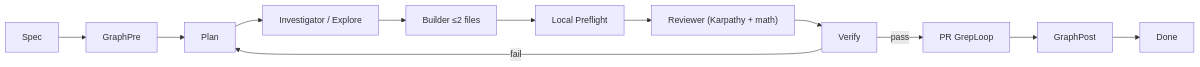
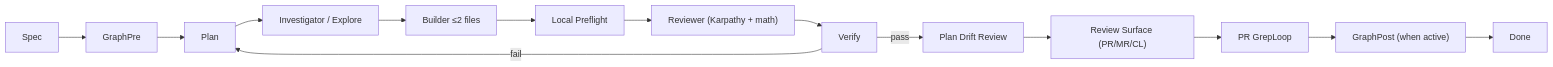
One commit to javin23863/hft3 changed the diagram in docs/AGENTIC_ENGINEERING.md. Above: the diagram before and after it, drawn with Mermaid. The commit also changed other lines of this file and 35 other files, not shown here.

````diff
--- a/docs/AGENTIC_ENGINEERING.md
+++ b/docs/AGENTIC_ENGINEERING.md
@@ -37,14 +37,16 @@
 ```mermaid
 flowchart LR
   S[Spec] --> GP[GraphPre]
   GP --> P[Plan]
   P --> I[Investigator / Explore]
   I --> B[Builder ≤2 files]
   B --> LP[Local Preflight]
   LP --> R["Reviewer (Karpathy + math)"]
   R --> V[Verify]
   V -->|fail| P
-  V -->|pass| PR[PR GrepLoop]
-  PR --> GPO[GraphPost]
+  V -->|pass| PD["Plan Drift Review"]
+  PD --> RS["Review Surface (PR/MR/CL)"]
+  RS --> PR[PR GrepLoop]
+  PR --> GPO["GraphPost (when active)"]
   GPO --> D[Done]
 ```
````
